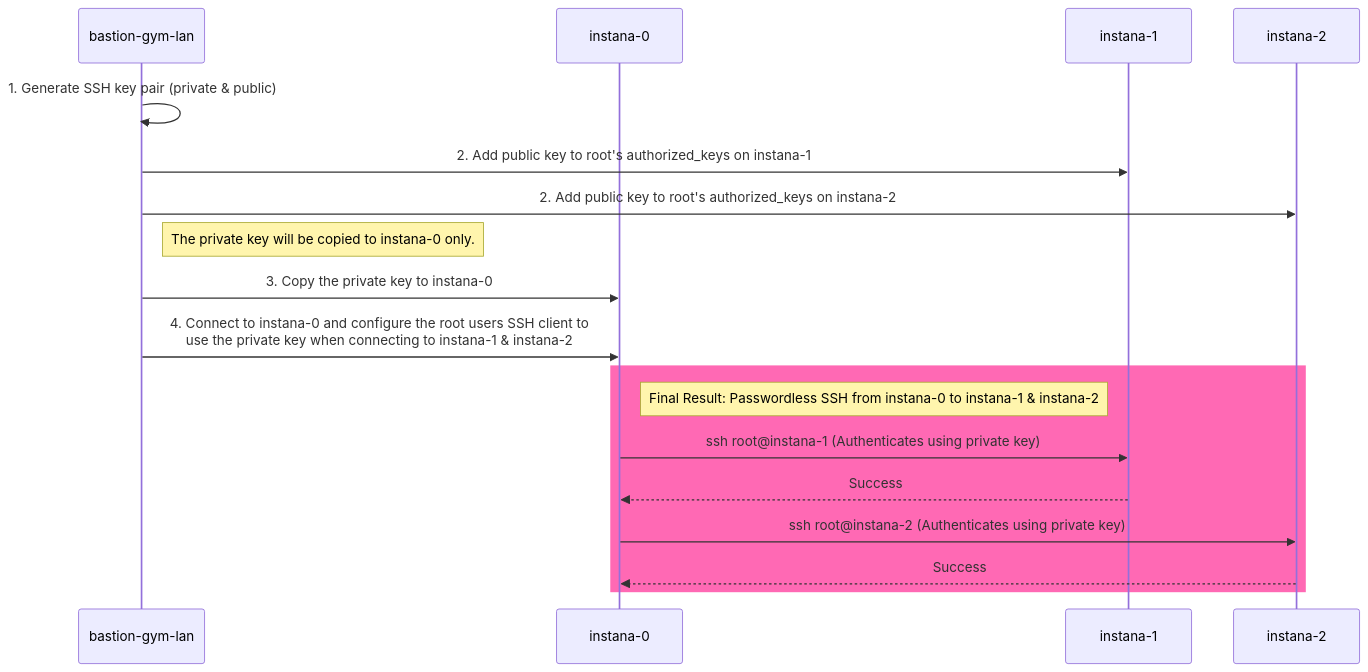
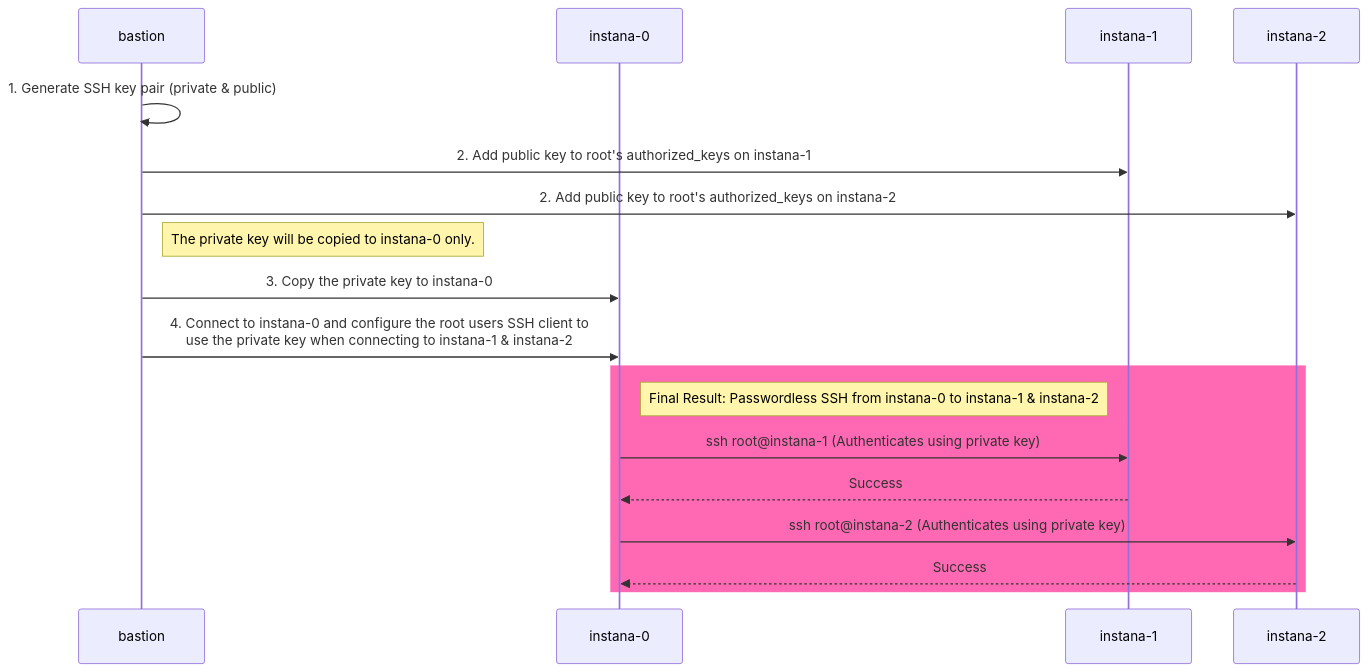
The diagram in labs/instana/server-and-agent-install-lab/3-server-installation/index.mdx (IBM/waiops-tech-jam), drawn with Mermaid before and after one commit. The commit also changed other lines of this file and 3 other files, not shown here.

````diff
--- a/labs/instana/server-and-agent-install-lab/3-server-installation/index.mdx
+++ b/labs/instana/server-and-agent-install-lab/3-server-installation/index.mdx
@@ -486,25 +486,25 @@
 ```mermaid
 sequenceDiagram
-    participant Bastion as bastion-gym-lan
+    participant Bastion as bastion
     participant Instana0 as instana-0
     participant Instana1 as instana-1
     participant Instana2 as instana-2
 
     Bastion->>Bastion: 1. Generate SSH key pair (private & public)
 
     Bastion->>Instana1: 2. Add public key to root's authorized_keys on instana-1
     Bastion->>Instana2: 2. Add public key to root's authorized_keys on instana-2
 
     Note right of Bastion: The private key will be copied to instana-0 only.
     Bastion->>Instana0: 3. Copy the private key to instana-0
     Bastion->>Instana0: 4. Connect to instana-0 and configure the root users SSH client to <br> use the private key when connecting to instana-1 & instana-2
 
     %% The hotpink color is used to target the rectangle with css, it is not the final colour.
     rect hotpink
         note right of Instana0: Final Result: Passwordless SSH from instana-0 to instana-1 & instana-2
         Instana0->>Instana1: ssh root@instana-1 (Authenticates using private key)
         Instana1-->>Instana0: Success
         Instana0->>Instana2: ssh root@instana-2 (Authenticates using private key)
         Instana2-->>Instana0: Success
     end
 ```
````
